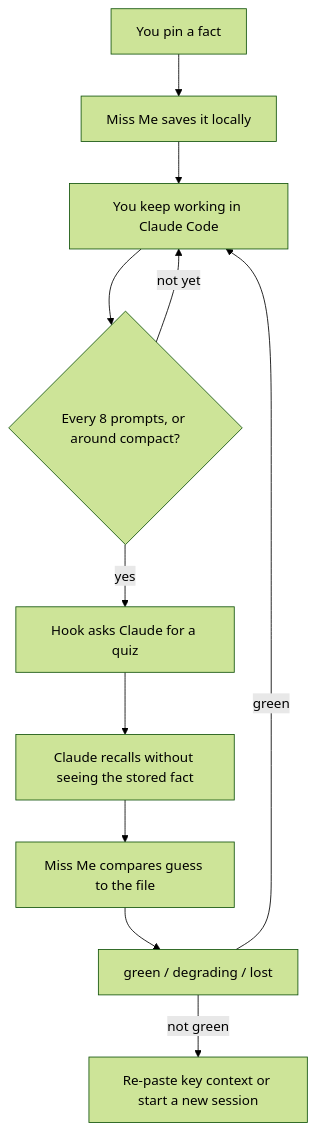
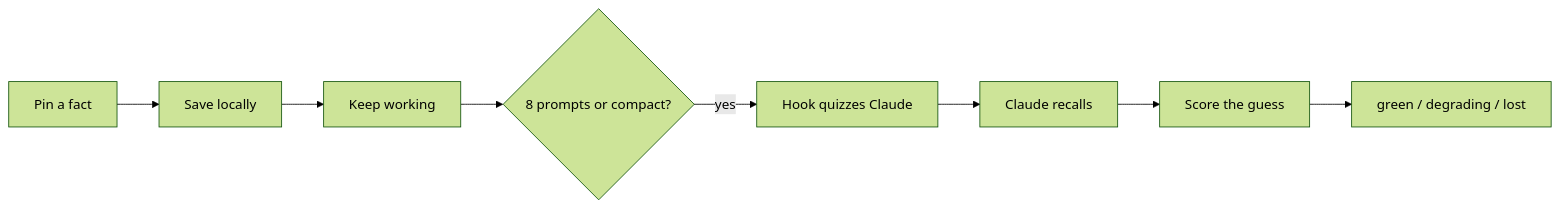
The diagram in README.md (krishyaid-coder/Miss-Me), drawn with Mermaid (forest theme) before and after one commit. The commit also changed other lines of this file and 1 other file, not shown here.

Commit message:
Add mascot and a horizontal how-it-works diagram.

````diff
--- a/README.md
+++ b/README.md
@@ -15,13 +19,10 @@
 ```mermaid
-flowchart TD
-  pin["You pin a fact"] --> store["Miss Me saves it locally"]
-  store --> work["You keep working in Claude Code"]
-  work --> due{"Every 8 prompts, or around compact?"}
-  due -->|not yet| work
-  due -->|yes| whisper["Hook asks Claude for a quiz"]
-  whisper --> guess["Claude recalls without seeing the stored fact"]
-  guess --> score["Miss Me compares guess to the file"]
+flowchart LR
+  pin["Pin a fact"] --> store["Save locally"]
+  store --> work["Keep working"]
+  work --> due{"8 prompts or compact?"}
+  due -->|yes| whisper["Hook quizzes Claude"]
+  whisper --> guess["Claude recalls"]
+  guess --> score["Score the guess"]
   score --> health["green / degrading / lost"]
-  health -->|not green| act["Re-paste key context or start a new session"]
-  health -->|green| work
 ```
````
